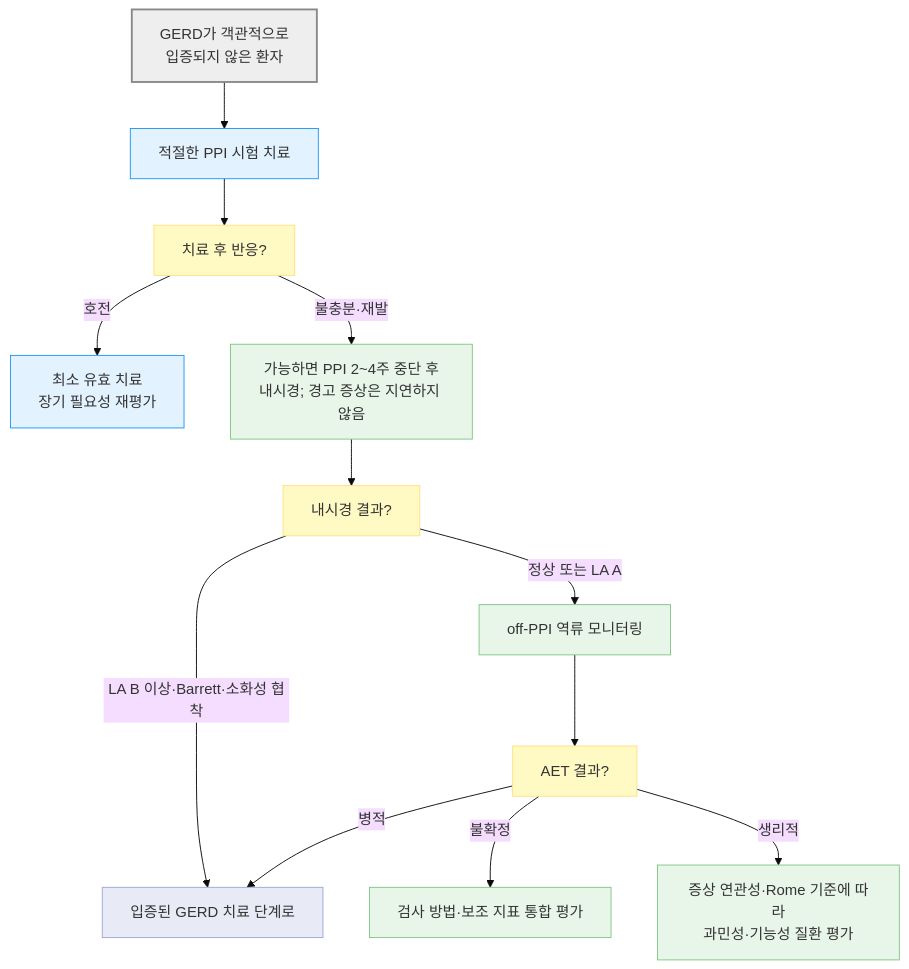
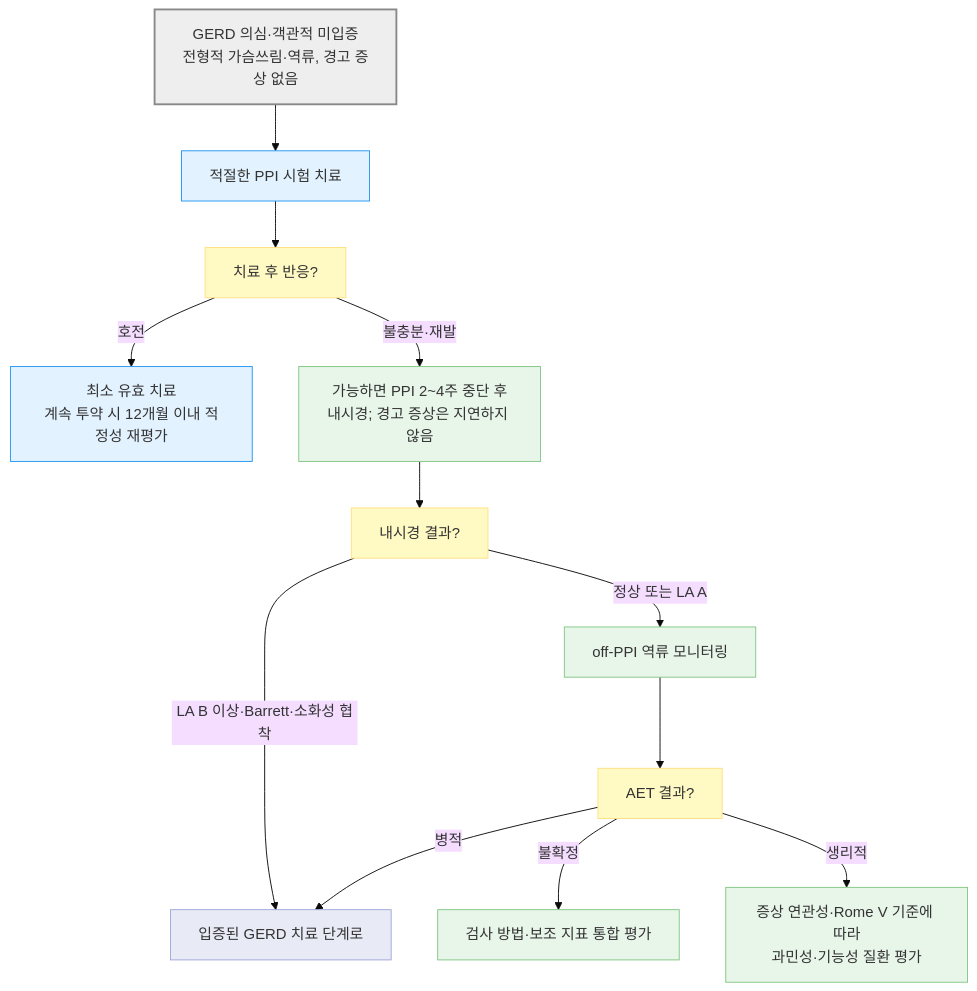
Before and after one commit to familyoh77/familyoh77: the fourth of 5 diagrams in 224_/081_-gerd.md, drawn with Mermaid (base theme). The commit also changed other lines of this file, not shown here.

````diff
--- a/224_/081_-gerd.md
+++ b/224_/081_-gerd.md
@@ -306,25 +318,25 @@
 ```mermaid
 flowchart TD
-    A["GERD가 객관적으로<br/>입증되지 않은 환자"] --> B["적절한 PPI 시험 치료"]
+    A["GERD 의심·객관적 미입증<br/>전형적 가슴쓰림·역류, 경고 증상 없음"] --> B["적절한 PPI 시험 치료"]
     B --> R["치료 후 반응?"]
-    R -- "호전" --> S["최소 유효 치료<br/>장기 필요성 재평가"]
+    R -- "호전" --> S["최소 유효 치료<br/>계속 투약 시 12개월 이내 적정성 재평가"]
     R -- "불충분·재발" --> E["가능하면 PPI 2~4주 중단 후<br/>내시경; 경고 증상은 지연하지 않음"]
     E --> EQ["내시경 결과?"]
     EQ -- "LA B 이상·Barrett·소화성 협착" --> J["입증된 GERD 치료 단계로"]
     EQ -- "정상 또는 LA A" --> K["off-PPI 역류 모니터링"]
     K --> KQ["AET 결과?"]
     KQ -- "병적" --> J
     KQ -- "불확정" --> Q["검사 방법·보조 지표 통합 평가"]
-    KQ -- "생리적" --> N["증상 연관성·Rome 기준에 따라<br/>과민성·기능성 질환 평가"]
+    KQ -- "생리적" --> N["증상 연관성·Rome V 기준에 따라<br/>과민성·기능성 질환 평가"]
 
     classDef neutral fill:#eeeeee,stroke:#888888,stroke-width:2px
     classDef question fill:#fff9c4,stroke:#ffe082
     classDef test fill:#e8f5e9,stroke:#81c784
     classDef treatment fill:#e3f2ff,stroke:#2196f3
     classDef next fill:#e8eaf6,stroke:#9fa8da
     class A neutral
     class R,EQ,KQ question
     class E,K,Q,N test
     class B,S treatment
     class J next
 ```
````
